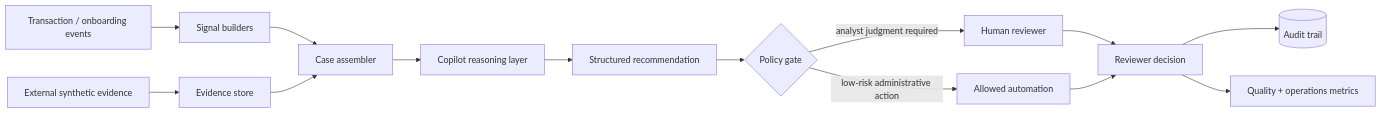
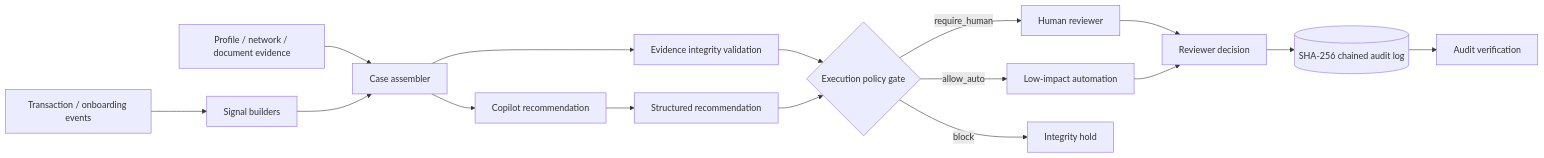
The diagram in README.md (cagataykavas/financial-crime-copilot), drawn with Mermaid before and after one commit. The commit also changed other lines of this file, not shown here.

Commit message:
docs: surface governance api and tamper-evident audit

````diff
--- a/README.md
+++ b/README.md
@@ -22,16 +11,18 @@
 ```mermaid
 flowchart LR
-    TX[Transaction / onboarding events] --> SIG[Signal builders]
-    EXT[External synthetic evidence] --> EVID[Evidence store]
-    SIG --> CASE[Case assembler]
-    EVID --> CASE
-    CASE --> COPILOT[Copilot reasoning layer]
+    EVENTS[Transaction / onboarding events] --> SIG[Signal builders]
+    EXT[Profile / network / document evidence] --> CASE[Case assembler]
+    SIG --> CASE
+    CASE --> INTEGRITY[Evidence integrity validation]
+    CASE --> COPILOT[Copilot recommendation]
     COPILOT --> REC[Structured recommendation]
-    REC --> POLICY{Policy gate}
-    POLICY -- low-risk administrative action --> AUTO[Allowed automation]
-    POLICY -- analyst judgment required --> REVIEW[Human reviewer]
+    INTEGRITY --> POLICY{Execution policy gate}
+    REC --> POLICY
+    POLICY -- allow_auto --> AUTO[Low-impact automation]
+    POLICY -- require_human --> REVIEW[Human reviewer]
+    POLICY -- block --> HOLD[Integrity hold]
     REVIEW --> DECISION[Reviewer decision]
     AUTO --> DECISION
-    DECISION --> AUDIT[(Audit trail)]
-    DECISION --> METRICS[Quality + operations metrics]
+    DECISION --> AUDIT[(SHA-256 chained audit log)]
+    AUDIT --> VERIFY[Audit verification]
 ```
````
